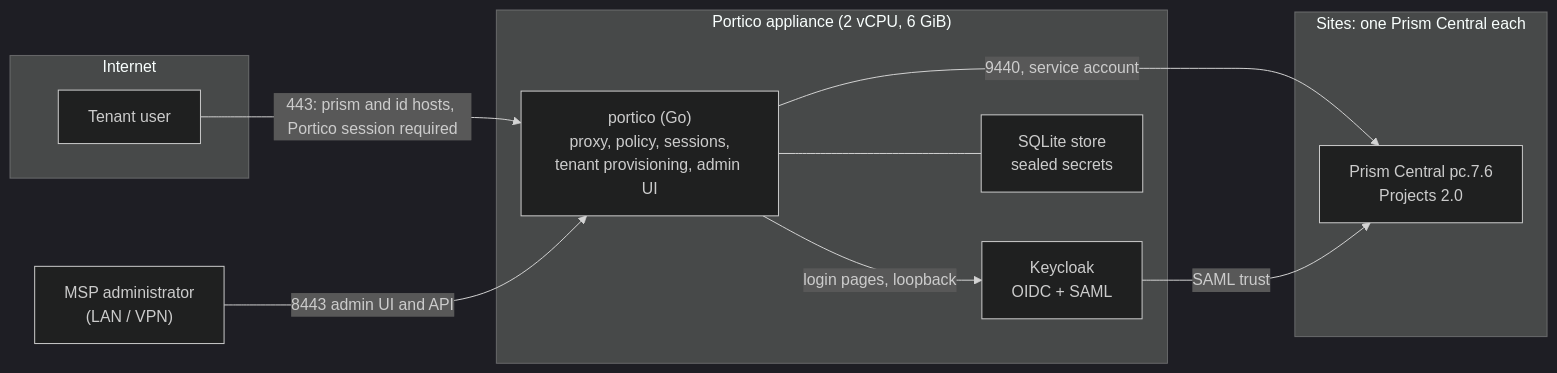
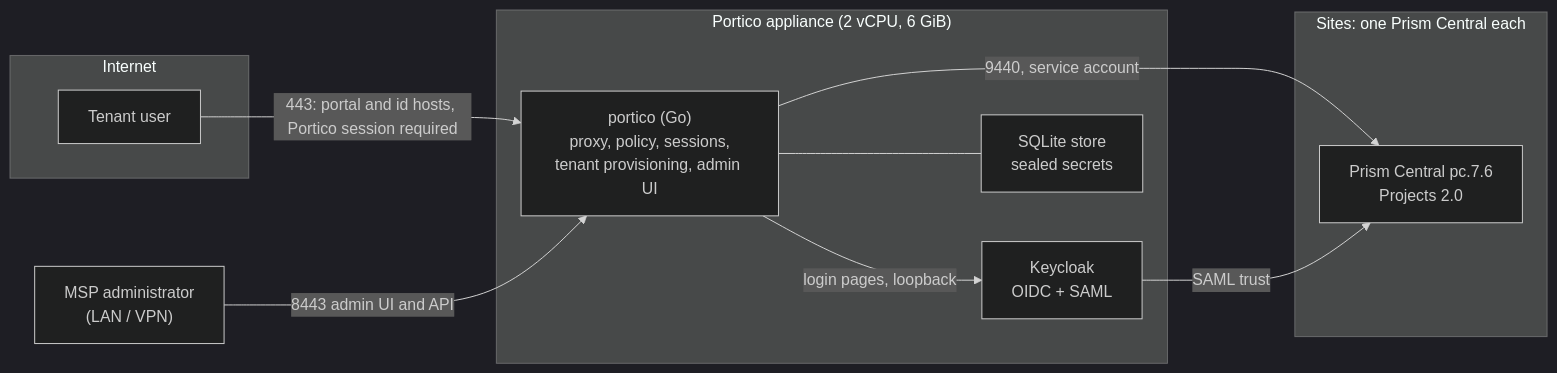
The diagram in README.md (marco-fabbri/portico), drawn with Mermaid (dark theme) before and after one commit. The commit also changed other lines of this file and 3 other files, not shown here.

````diff
--- a/README.md
+++ b/README.md
@@ -57,22 +58,22 @@
 ```mermaid
 flowchart LR
     subgraph Internet
         T["Tenant user"]
     end
     subgraph Appliance ["Portico appliance (2 vCPU, 6 GiB)"]
         P["portico (Go)<br/>proxy, policy, sessions,<br/>tenant provisioning, admin UI"]
         K["Keycloak<br/>OIDC + SAML"]
         DB["SQLite store<br/>sealed secrets"]
     end
     subgraph Nutanix ["Sites: one Prism Central each"]
         PC["Prism Central pc.7.6<br/>Projects 2.0"]
     end
     A["MSP administrator<br/>(LAN / VPN)"]
 
-    T -->|"443: prism and id hosts, Portico session required"| P
+    T -->|"443: portal and id hosts, Portico session required"| P
     P -->|"login pages, loopback"| K
     P -->|"9440, service account"| PC
     K -->|"SAML trust"| PC
     P --- DB
     A -->|"8443 admin UI and API"| P
 ```
````
